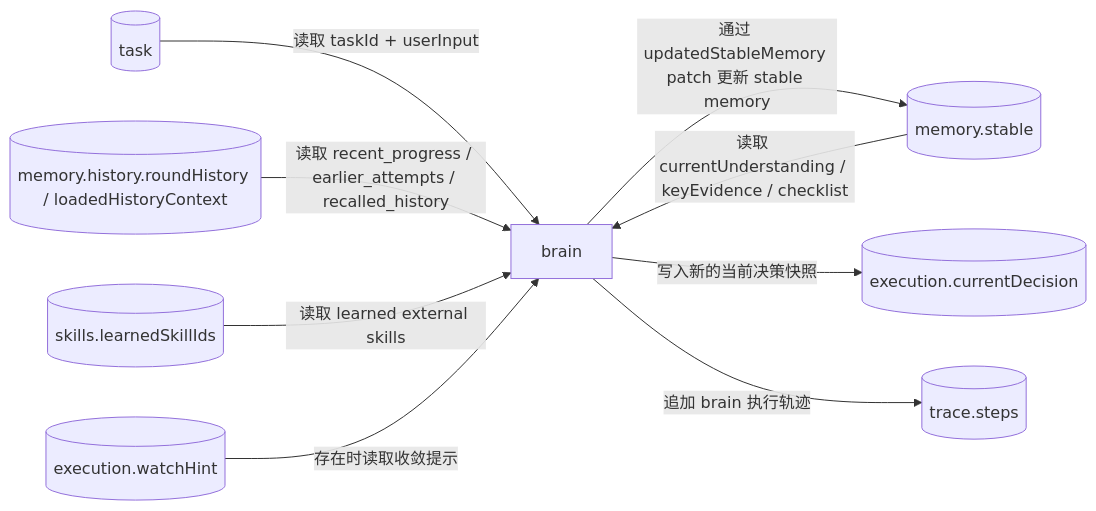
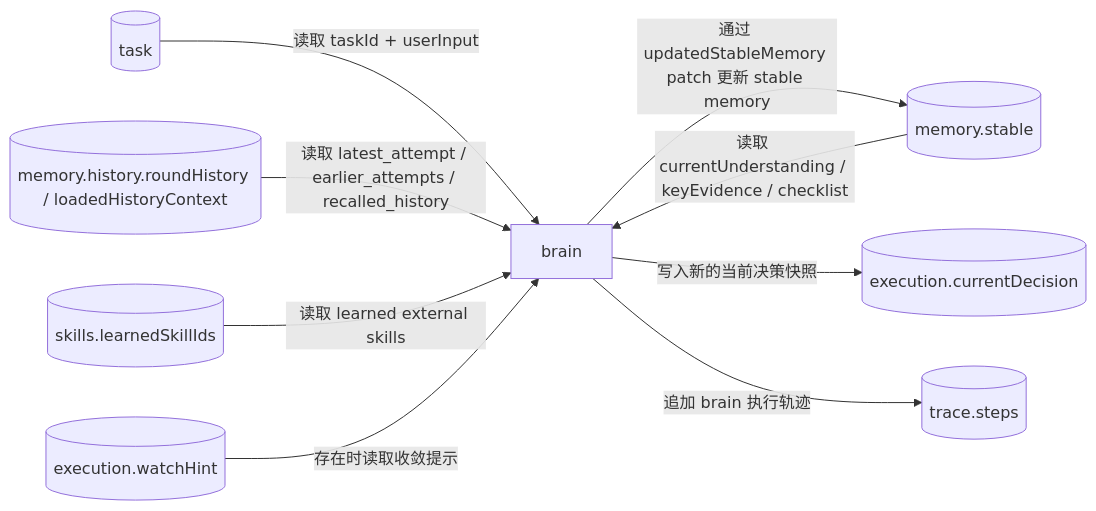
The second of 5 diagrams in doc/ai-design/data-definition-and-flow.md (Yoan98/Ncurator), drawn with Mermaid before and after one commit. The commit also changed other lines of this file and 16 other files, not shown here.

````diff
--- a/doc/ai-design/data-definition-and-flow.md
+++ b/doc/ai-design/data-definition-and-flow.md
@@ -1032,20 +1034,20 @@
 ```mermaid
 flowchart LR
     T[("task")]
     SM[("memory.stable")]
     HM[("memory.history.roundHistory / loadedHistoryContext")]
     SK[("skills.learnedSkillIds")]
     WH[("execution.watchHint")]
     B["brain"]
     CD[("execution.currentDecision")]
     TR[("trace.steps")]
 
     T -->|读取 taskId + userInput| B
     SM -->|读取 currentUnderstanding / keyEvidence / checklist| B
-    HM -->|读取 recent_progress / earlier_attempts / recalled_history| B
+    HM -->|读取 latest_attempt / earlier_attempts / recalled_history| B
     SK -->|读取 learned external skills| B
     WH -->|存在时读取收敛提示| B
     B -->|通过 updatedStableMemory patch 更新 stable memory| SM
     B -->|写入新的当前决策快照| CD
     B -->|追加 brain 执行轨迹| TR
 ```
````
